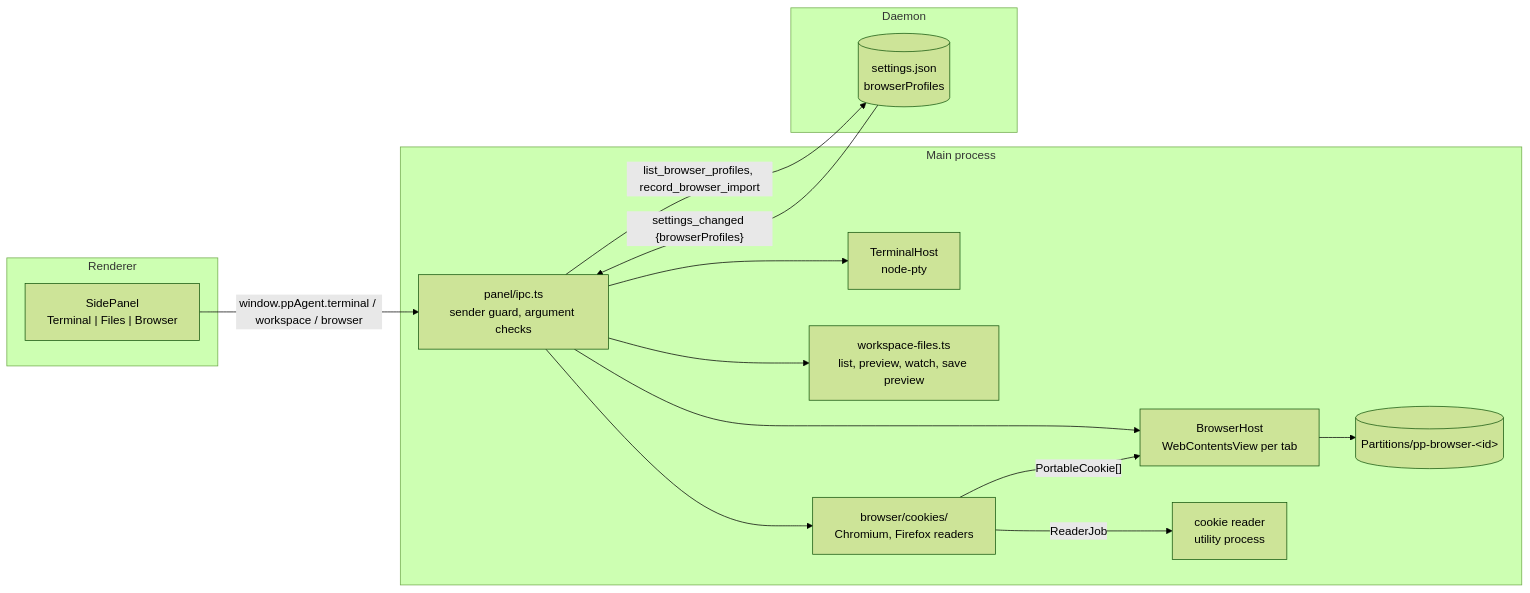
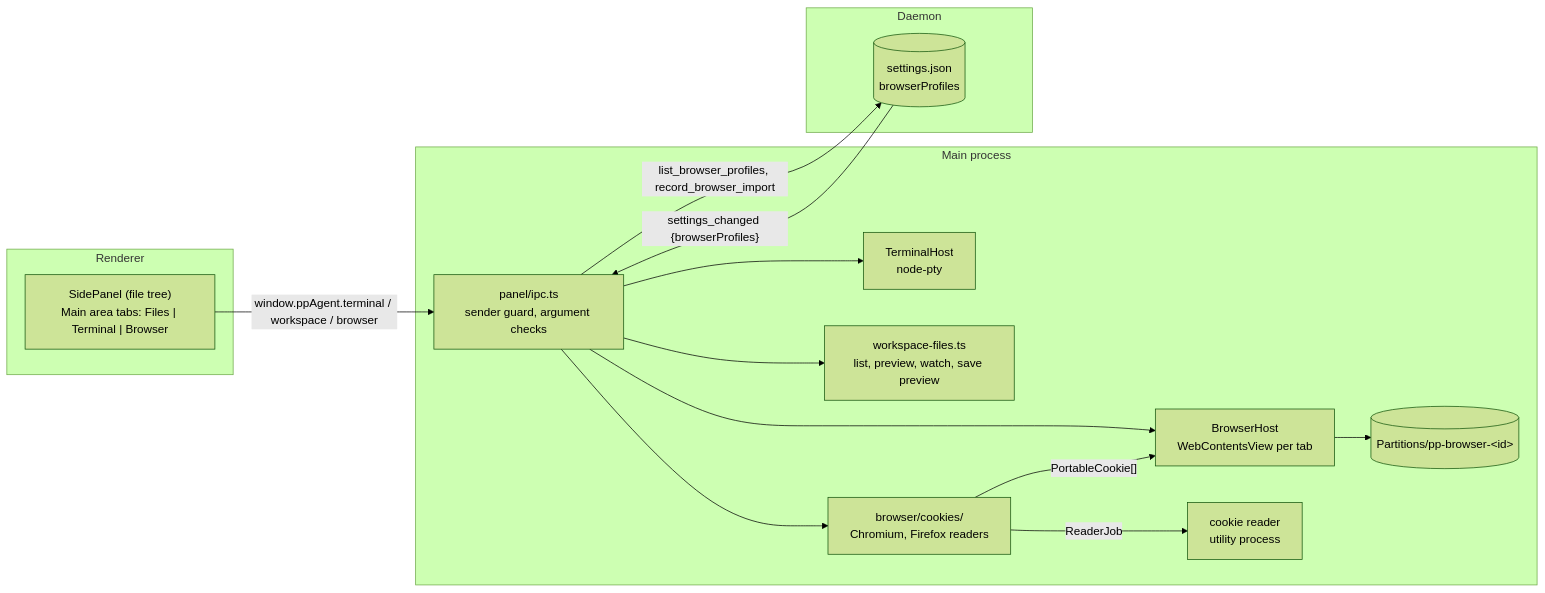
The first of 2 diagrams in docs/architecture/side-panel.md (pp-techs/pp-agent), drawn with Mermaid (forest theme) before and after one commit. The commit also changed other lines of this file and 44 other files, not shown here.

First line of the commit message:
feat(desktop): main-area tabs, file tree side panel, files on the phone (#94)

````diff
--- a/docs/architecture/side-panel.md
+++ b/docs/architecture/side-panel.md
@@ -5,25 +5,25 @@
 ```mermaid
 flowchart LR
   subgraph R["Renderer"]
-    SP["SidePanel<br/>Terminal | Files | Browser"]
+    SP["SidePanel (file tree)<br/>Main area tabs: Files | Terminal | Browser"]
   end
   subgraph M["Main process"]
     IPC["panel/ipc.ts<br/>sender guard, argument checks"]
     TH["TerminalHost<br/>node-pty"]
     WF["workspace-files.ts<br/>list, preview, watch, save preview"]
     BH["BrowserHost<br/>WebContentsView per tab"]
     CI["browser/cookies/<br/>Chromium, Firefox readers"]
     CR["cookie reader<br/>utility process"]
     P[("Partitions/pp-browser-&lt;id&gt;")]
   end
   subgraph D["Daemon"]
     S[("settings.json<br/>browserProfiles")]
   end
   SP -- "window.ppAgent.terminal / workspace / browser" --> IPC
   IPC --> TH & WF & BH & CI
   BH --> P
   CI -- "ReaderJob" --> CR
   CI -- "PortableCookie[]" --> BH
   IPC -- "list_browser_profiles, record_browser_import" --> S
   S -- "settings_changed {browserProfiles}" --> IPC
 ```
````
